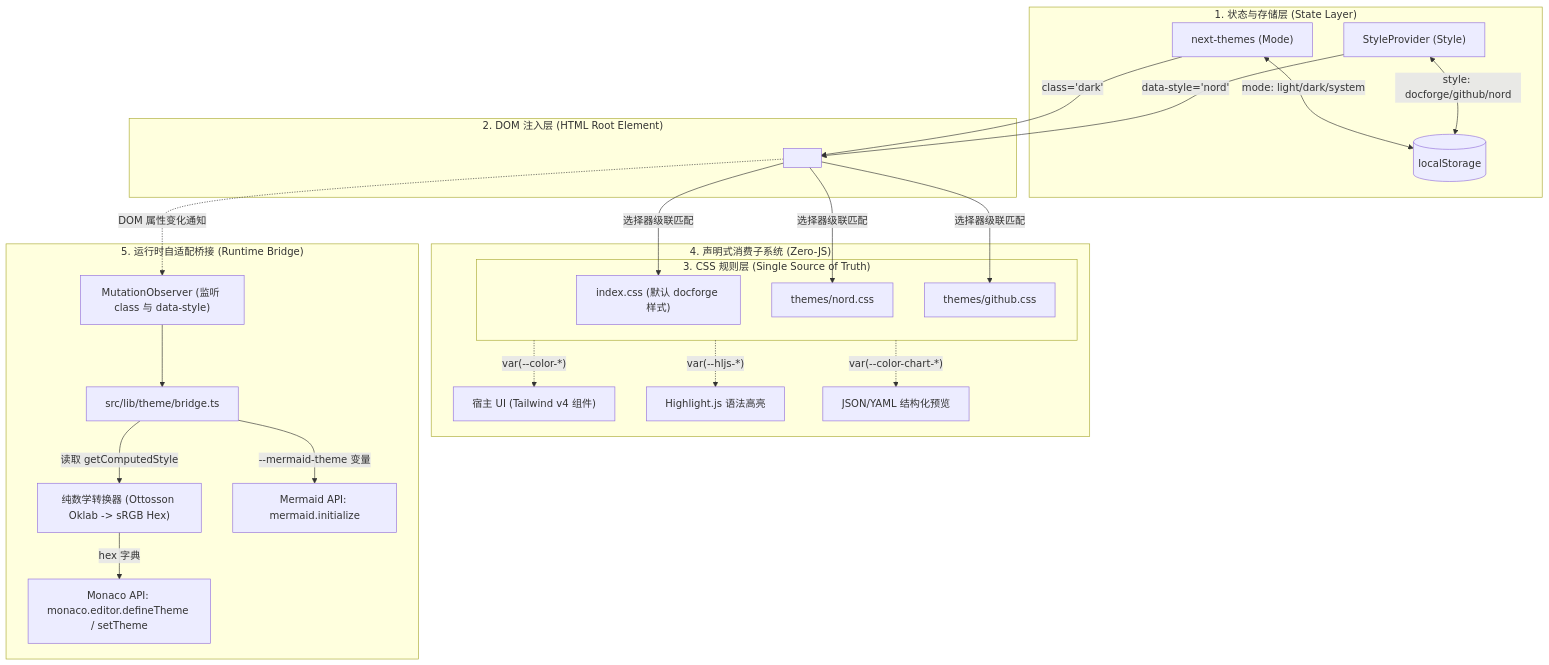
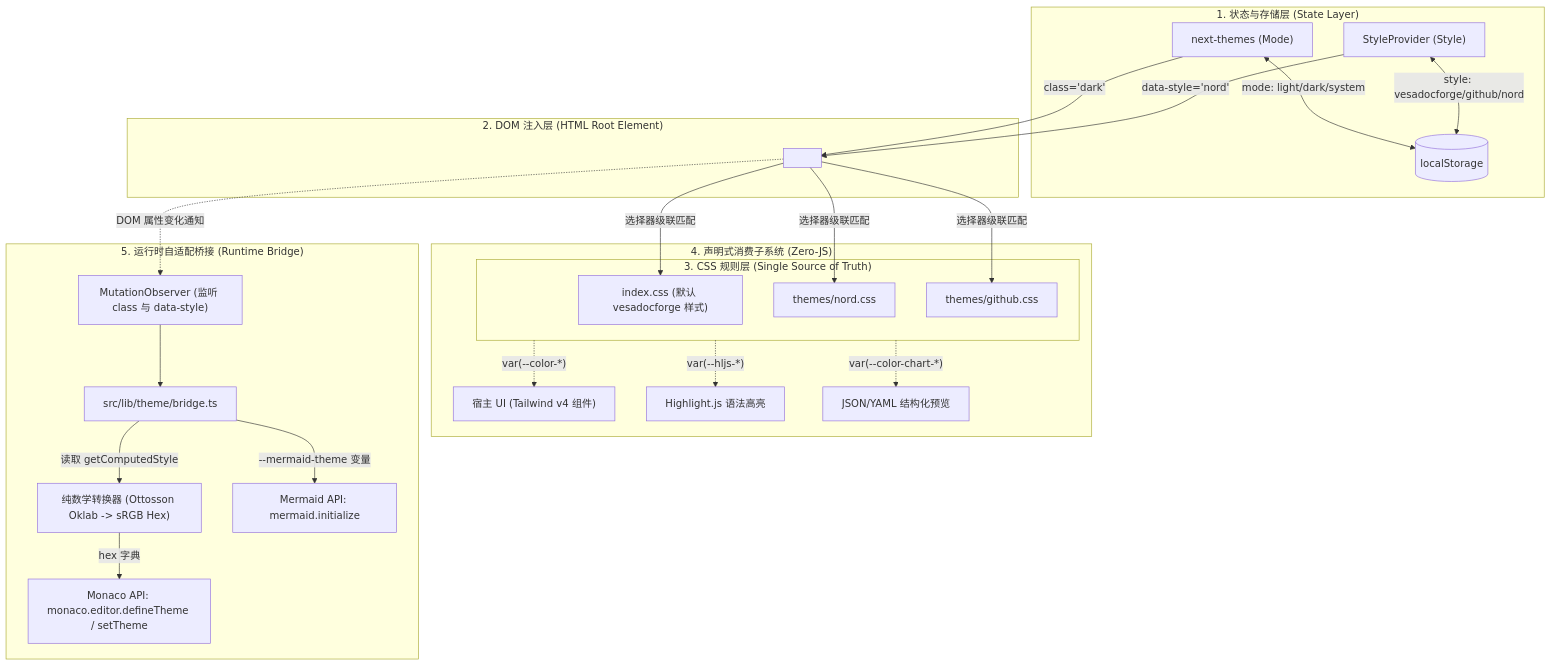
Before and after one commit to wumacms/vesa-doc-forge: the second of 3 diagrams in docs/design-spec.md, drawn with Mermaid. The commit also changed other lines of this file and 19 other files, not shown here.

````diff
--- a/docs/design-spec.md
+++ b/docs/design-spec.md
@@ -116,47 +114,47 @@
 ```mermaid
 graph TB
     subgraph State_Layer ["1. 状态与存储层 (State Layer)"]
         NT["next-themes (Mode)"]
         SP["StyleProvider (Style)"]
         LS[("localStorage")]
         NT <-->|mode: light/dark/system| LS
-        SP <-->|style: docforge/github/nord| LS
+        SP <-->|style: vesadocforge/github/nord| LS
     end
 
     subgraph DOM_Mount ["2. DOM 注入层 (HTML Root Element)"]
         HTML["<html class='dark' data-style='nord'>"]
         NT -->|"class='dark'"| HTML
         SP -->|"data-style='nord'"| HTML
     end
 
     subgraph CSS_Engine ["3. CSS 规则层 (Single Source of Truth)"]
-        T_Base["index.css (默认 docforge 样式)"]
+        T_Base["index.css (默认 vesadocforge 样式)"]
         T_Nord["themes/nord.css"]
         T_GH["themes/github.css"]
 
         HTML -->|选择器级联匹配| T_Base
         HTML -->|选择器级联匹配| T_Nord
         HTML -->|选择器级联匹配| T_GH
     end
 
     subgraph Direct_Consumers ["4. 声明式消费子系统 (Zero-JS)"]
         TailwindUI["宿主 UI (Tailwind v4 组件)"]
         HljsEngine["Highlight.js 语法高亮"]
         StructEngine["JSON/YAML 结构化预览"]
         CSS_Engine -.->|"var(--color-*)"| TailwindUI
         CSS_Engine -.->|"var(--hljs-*)"| HljsEngine
         CSS_Engine -.->|"var(--color-chart-*)"| StructEngine
     end
 
     subgraph Runtime_Bridge ["5. 运行时自适配桥接 (Runtime Bridge)"]
         Observer["MutationObserver (监听 class 与 data-style)"]
         HTML -.->|DOM 属性变化通知| Observer
         MathConverter["纯数学转换器 (Ottosson Oklab -> sRGB Hex)"]
         Bridge["src/lib/theme/bridge.ts"]
 
         Observer --> Bridge
         Bridge -->|读取 getComputedStyle| MathConverter
         MathConverter -->|hex 字典| MonacoBridge["Monaco API: monaco.editor.defineTheme / setTheme"]
         Bridge -->|--mermaid-theme 变量| MermaidBridge["Mermaid API: mermaid.initialize"]
     end
 ```
````
